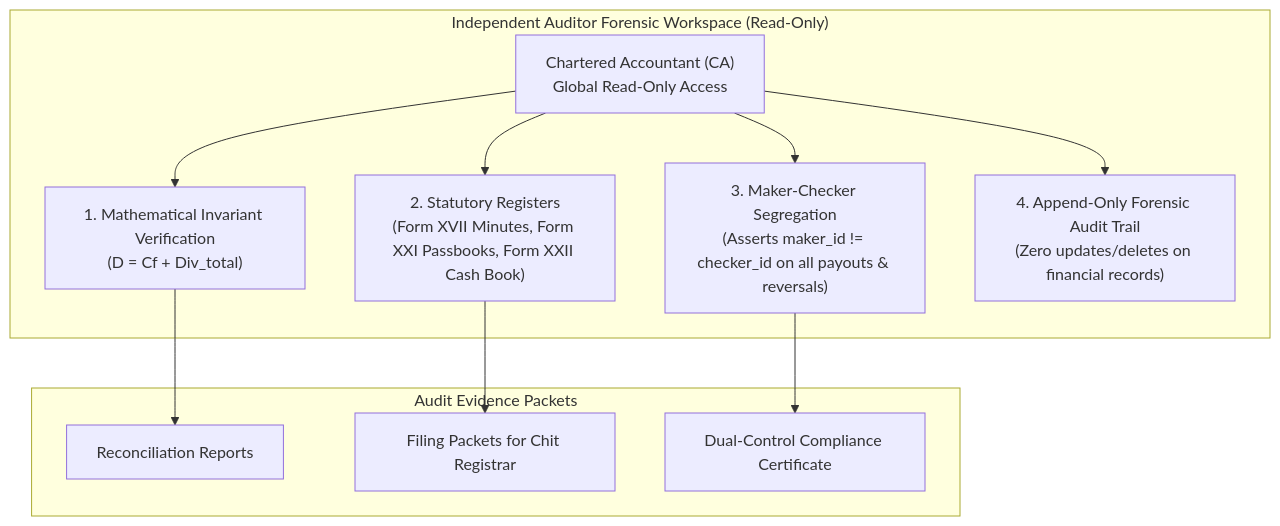
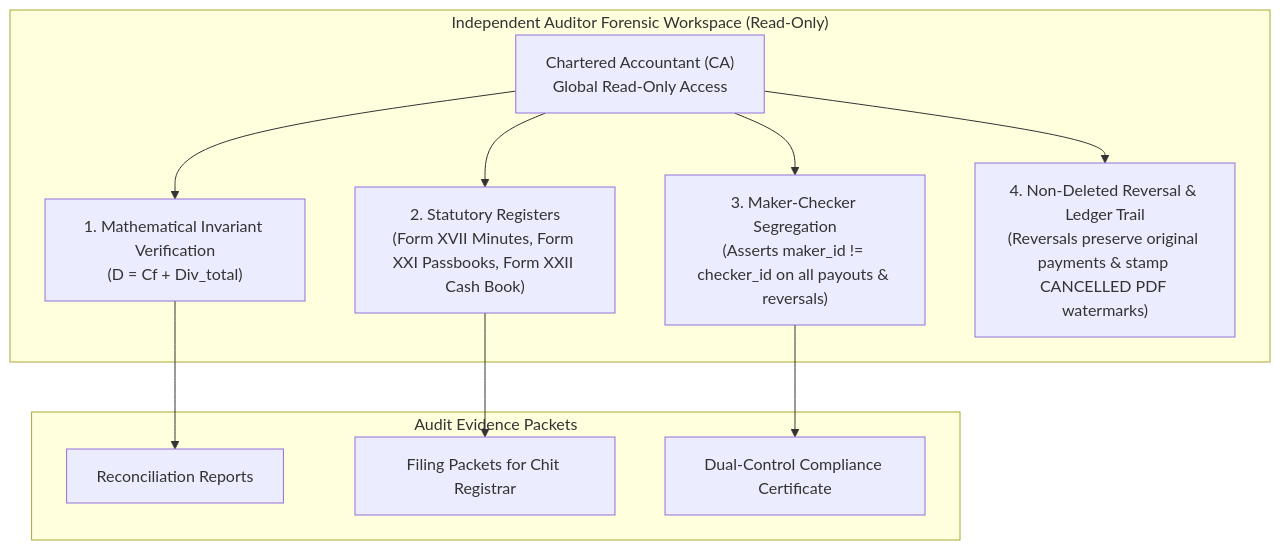
The first of 4 diagrams in docs/02-requirements/educational-guides/persona-6-auditor.md (Kathir-24/Kumaran-finance), drawn with Mermaid before and after one commit. The commit also changed other lines of this file and 4 other files, not shown here.

````diff
--- a/docs/02-requirements/educational-guides/persona-6-auditor.md
+++ b/docs/02-requirements/educational-guides/persona-6-auditor.md
@@ -26,15 +26,15 @@
 ```mermaid
 flowchart TD
     subgraph AUDITOR_INSPECTION ["Independent Auditor Forensic Workspace (Read-Only)"]
         Audit["Chartered Accountant (CA)\nGlobal Read-Only Access"] --> M1["1. Mathematical Invariant Verification\n(D = Cf + Div_total)"]
         Audit --> M2["2. Statutory Registers\n(Form XVII Minutes, Form XXI Passbooks, Form XXII Cash Book)"]
         Audit --> M3["3. Maker-Checker Segregation\n(Asserts maker_id != checker_id on all payouts & reversals)"]
-        Audit --> M4["4. Append-Only Forensic Audit Trail\n(Zero updates/deletes on financial records)"]
+        Audit --> M4["4. Non-Deleted Reversal & Ledger Trail\n(Reversals preserve original payments & stamp CANCELLED PDF watermarks)"]
     end
 
     subgraph EVIDENCE ["Audit Evidence Packets"]
         M1 --> Pack1["Reconciliation Reports"]
         M2 --> Pack2["Filing Packets for Chit Registrar"]
         M3 --> Pack3["Dual-Control Compliance Certificate"]
     end
 ```
````
